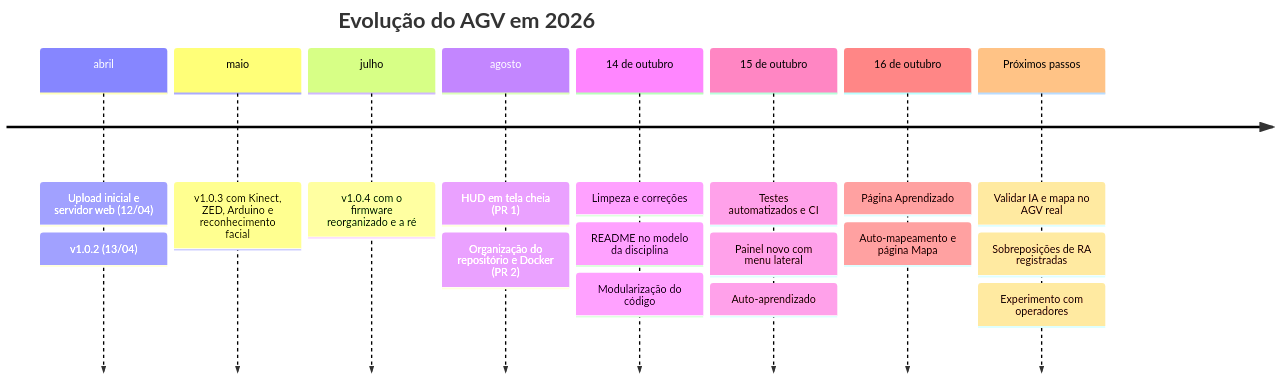
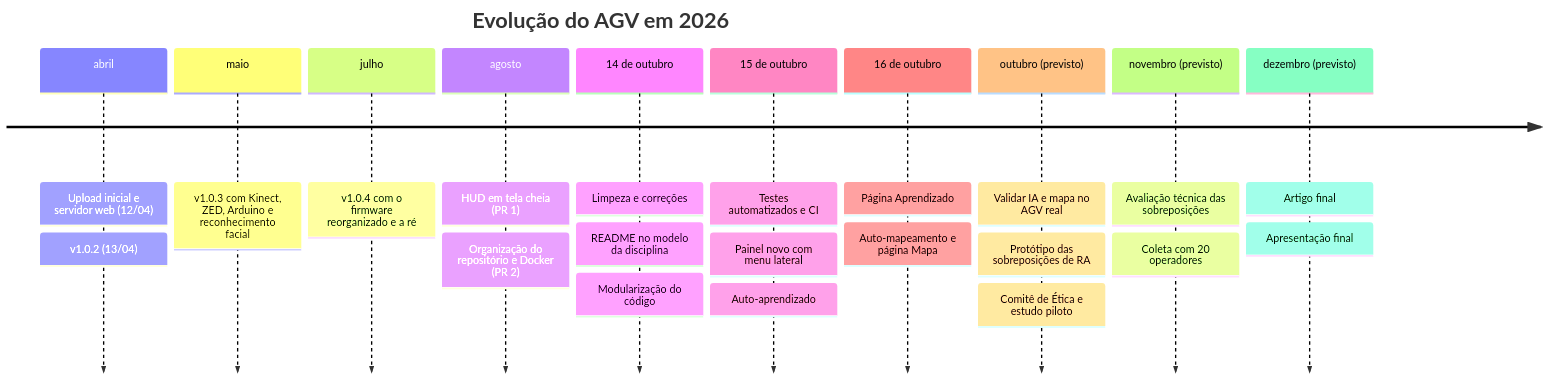
Before and after one commit to Kauan-V-Marques/AGV: diagram 21 of 22 in README.md, drawn with Mermaid. The commit also changed other lines of this file and 2 other files, not shown here.

First line of the commit message:
docs: alinha README e sintese da pesquisa ao artigo V2 e a apresentacao

````diff
--- a/README.md
+++ b/README.md
@@ -1510,12 +1513,14 @@
 ```mermaid
 timeline
     title Evolução do AGV em 2026
     abril : Upload inicial e servidor web (12/04) : v1.0.2 (13/04)
     maio : v1.0.3 com Kinect, ZED, Arduino e reconhecimento facial
     julho : v1.0.4 com o firmware reorganizado e a ré
     agosto : HUD em tela cheia (PR 1) : Organização do repositório e Docker (PR 2)
     14 de outubro : Limpeza e correções : README no modelo da disciplina : Modularização do código
     15 de outubro : Testes automatizados e CI : Painel novo com menu lateral : Auto-aprendizado
     16 de outubro : Página Aprendizado : Auto-mapeamento e página Mapa
-    Próximos passos : Validar IA e mapa no AGV real : Sobreposições de RA registradas : Experimento com operadores
+    outubro (previsto) : Validar IA e mapa no AGV real : Protótipo das sobreposições de RA : Comitê de Ética e estudo piloto
+    novembro (previsto) : Avaliação técnica das sobreposições : Coleta com 20 operadores
+    dezembro (previsto) : Artigo final : Apresentação final
 ```
````
